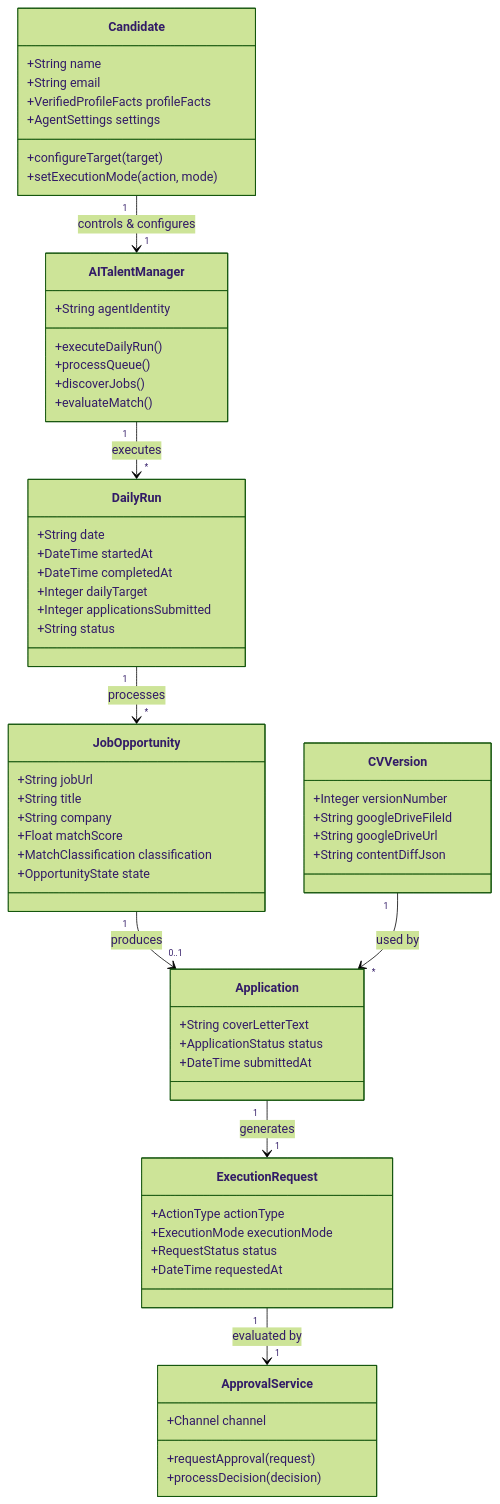
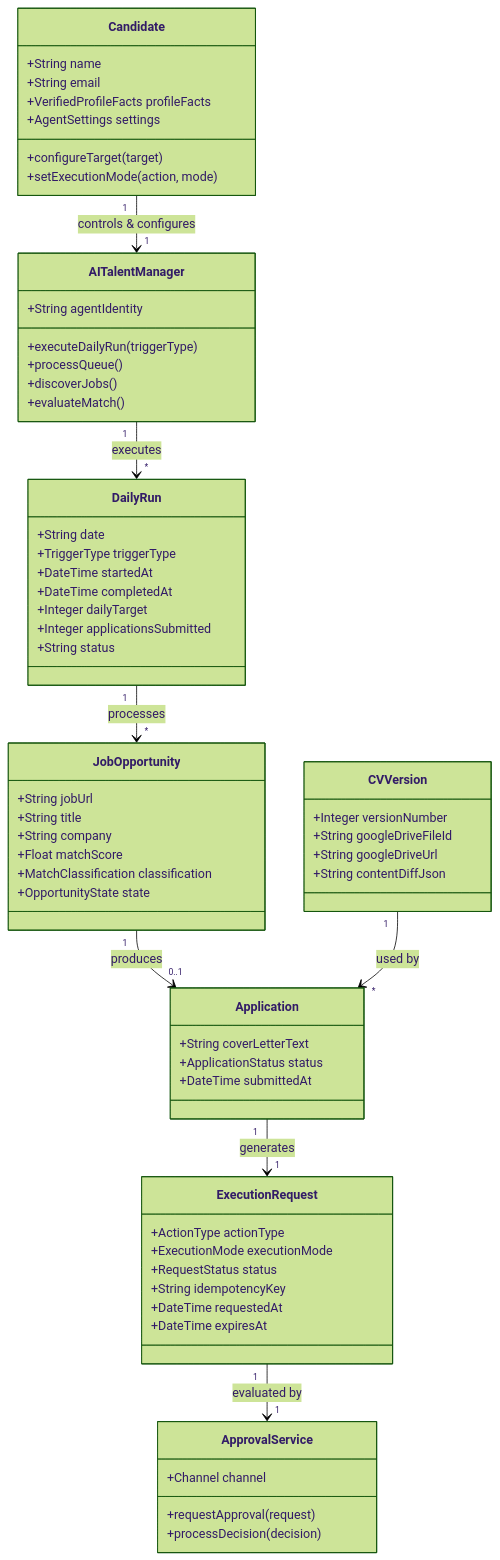
The diagram in docs/planning/domain-model.md (nikibytes/ai-talent-manager), drawn with Mermaid (forest theme) before and after one commit. The commit also changed other lines of this file, not shown here.

Commit message:
docs(planning): align domain model with manual trigger and execution controls

````diff
--- a/docs/planning/domain-model.md
+++ b/docs/planning/domain-model.md
@@ -10,71 +10,74 @@
 ```mermaid
 classDiagram
     class Candidate {
         +String name
         +String email
         +VerifiedProfileFacts profileFacts
         +AgentSettings settings
         +configureTarget(target)
         +setExecutionMode(action, mode)
     }
 
     class AITalentManager {
         +String agentIdentity
-        +executeDailyRun()
+        +executeDailyRun(triggerType)
         +processQueue()
         +discoverJobs()
         +evaluateMatch()
     }
 
     class DailyRun {
         +String date
+        +TriggerType triggerType
         +DateTime startedAt
         +DateTime completedAt
         +Integer dailyTarget
         +Integer applicationsSubmitted
         +String status
     }
 
     class JobOpportunity {
         +String jobUrl
         +String title
         +String company
         +Float matchScore
         +MatchClassification classification
         +OpportunityState state
     }
 
     class CVVersion {
         +Integer versionNumber
         +String googleDriveFileId
         +String googleDriveUrl
         +String contentDiffJson
     }
 
     class Application {
         +String coverLetterText
         +ApplicationStatus status
         +DateTime submittedAt
     }
 
     class ExecutionRequest {
         +ActionType actionType
         +ExecutionMode executionMode
         +RequestStatus status
+        +String idempotencyKey
         +DateTime requestedAt
+        +DateTime expiresAt
     }
 
     class ApprovalService {
         +Channel channel
         +requestApproval(request)
         +processDecision(decision)
     }
 
     Candidate "1" --> "1" AITalentManager : controls & configures
     AITalentManager "1" --> "*" DailyRun : executes
     DailyRun "1" --> "*" JobOpportunity : processes
     JobOpportunity "1" --> "0..1" Application : produces
     CVVersion "1" --> "*" Application : used by
     Application "1" --> "1" ExecutionRequest : generates
     ExecutionRequest "1" --> "1" ApprovalService : evaluated by
 ```
````
